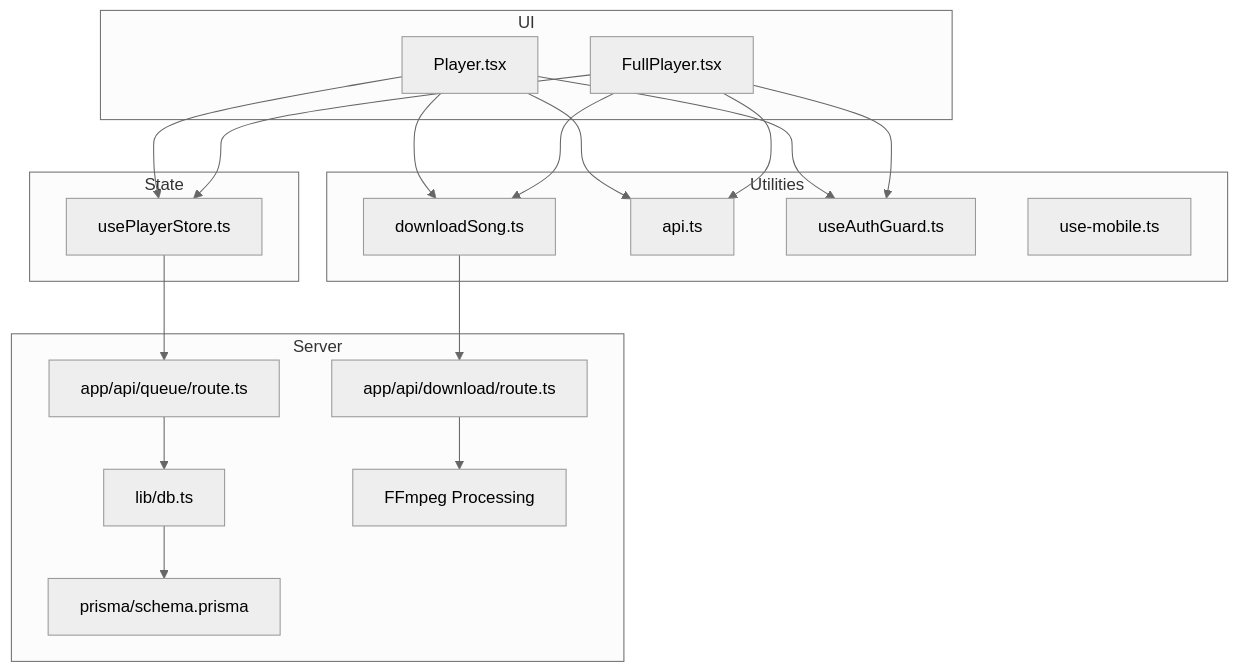
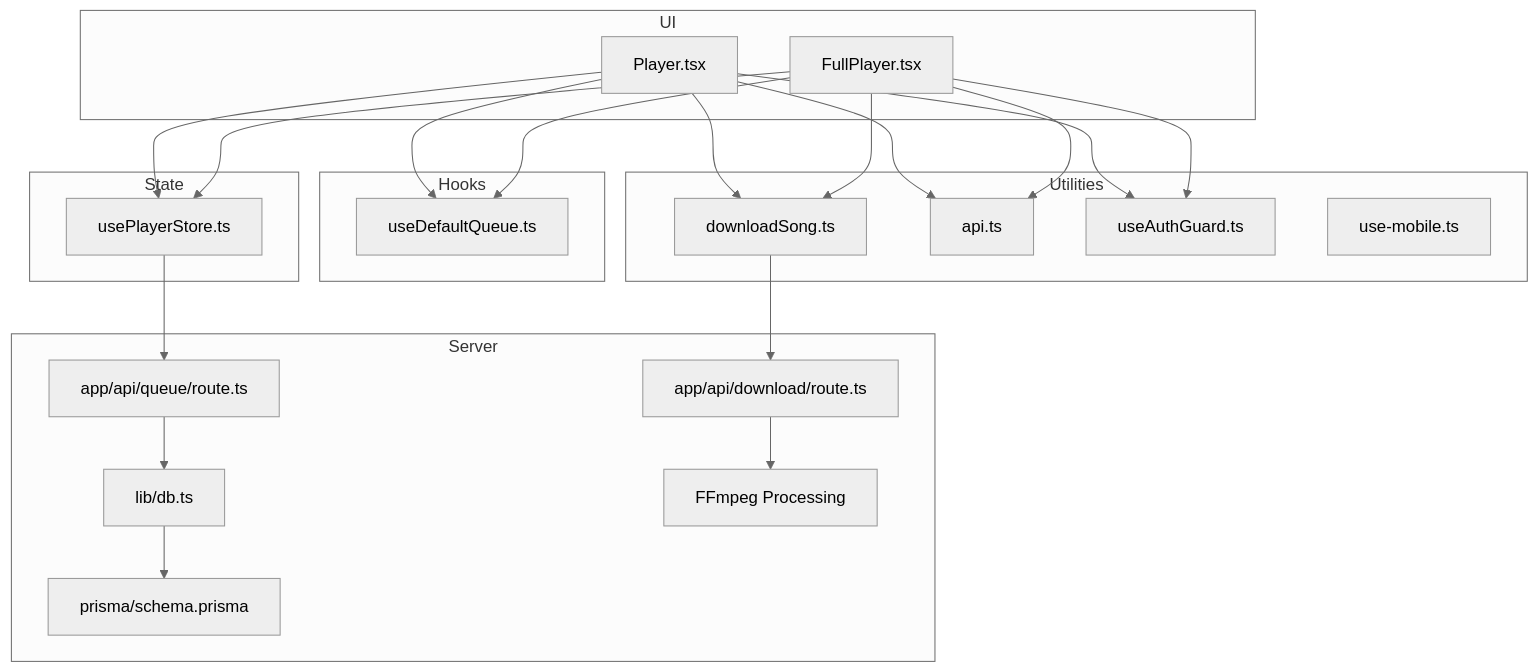
Before and after one commit to moindestiny/SonicStream: the first of 11 diagrams in .qoder/repowiki/en/content/Core Features/Audio Player.md, drawn with Mermaid (neutral theme). The commit also changed other lines of this file and 5 other files, not shown here.

````diff
--- a/.qoder/repowiki/en/content/Core Features/Audio Player.md
+++ b/.qoder/repowiki/en/content/Core Features/Audio Player.md
@@ -49,36 +52,41 @@
 ```mermaid
 graph TB
 subgraph "UI"
 P["Player.tsx"]
 FP["FullPlayer.tsx"]
 end
 subgraph "State"
 ZS["usePlayerStore.ts"]
+end
+subgraph "Hooks"
+UDQ["useDefaultQueue.ts"]
 end
 subgraph "Utilities"
 DS["downloadSong.ts"]
 API["api.ts"]
 GA["useAuthGuard.ts"]
 UM["use-mobile.ts"]
 end
 subgraph "Server"
 QAPI["app/api/queue/route.ts"]
 DAPI["app/api/download/route.ts"]
 PRISMA["prisma/schema.prisma"]
 DB["lib/db.ts"]
 FFMPEG["FFmpeg Processing"]
 end
 P --> ZS
 FP --> ZS
+P --> UDQ
+FP --> UDQ
 P --> DS
 FP --> DS
 P --> GA
 FP --> GA
 P --> API
 FP --> API
 ZS --> QAPI
 QAPI --> DB
 DB --> PRISMA
 DS --> DAPI
 DAPI --> FFMPEG
 ```
````
